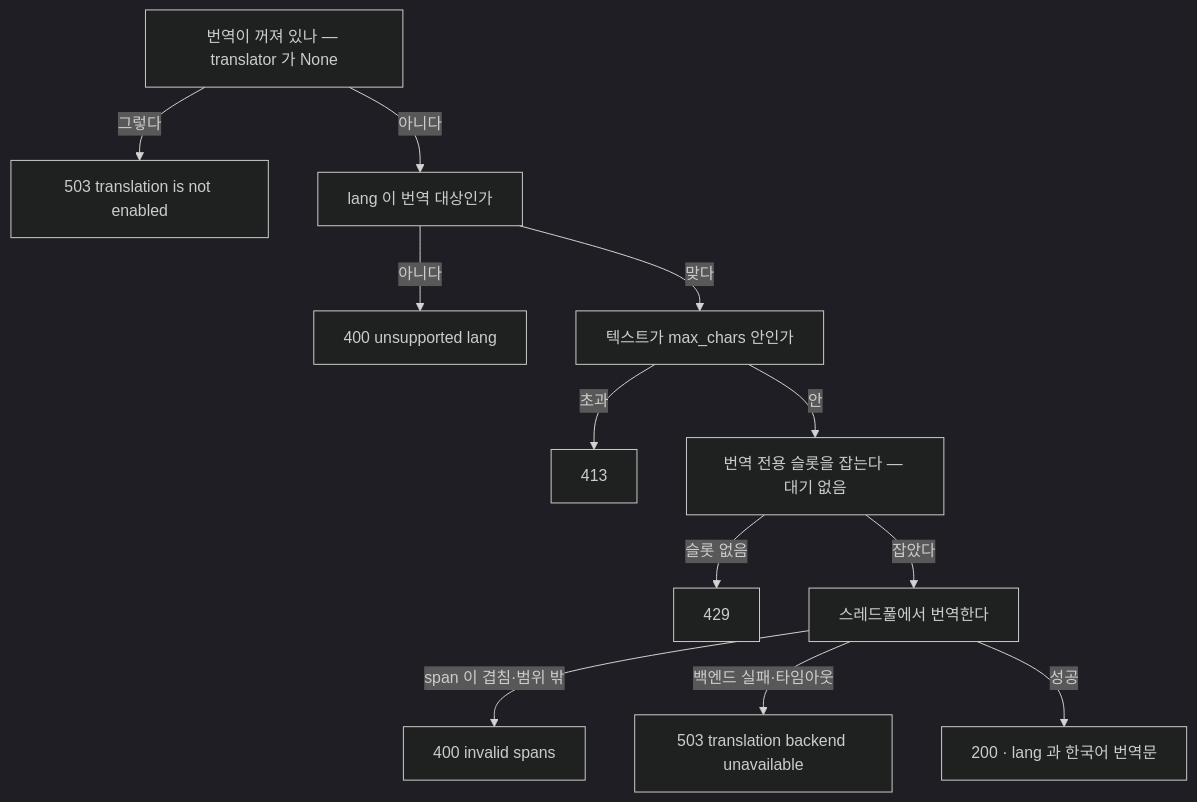
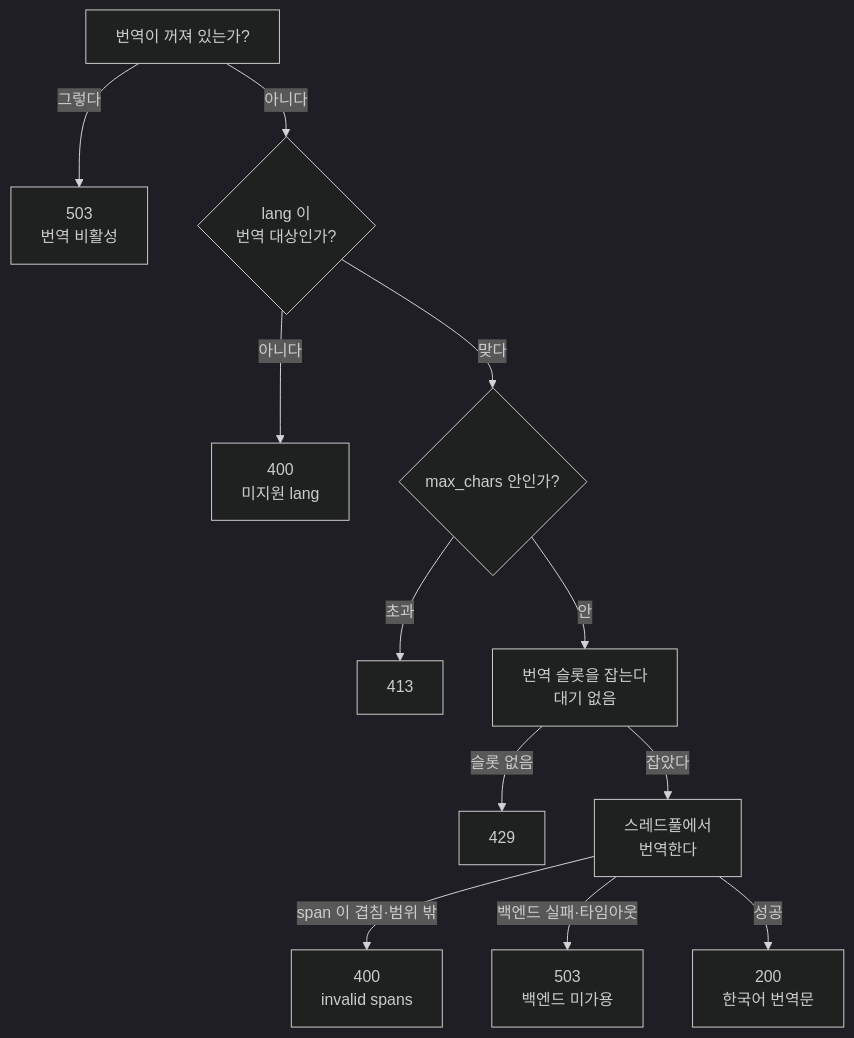
One commit to groovallstar/ner-pipeline-public changed the third of 3 diagrams in docs/manual/web-demo-translation.md. Above: the diagram before and after it, drawn with Mermaid (dark theme). The commit also changed other lines of this file and 12 other files, not shown here.

````diff
--- a/docs/manual/web-demo-translation.md
+++ b/docs/manual/web-demo-translation.md
@@ -415,14 +234,14 @@
 ```mermaid
 flowchart TD
-    A["번역이 꺼져 있나 — translator 가 None"] -->|"그렇다"| E503["503 translation is not enabled"]
-    A -->|"아니다"| B["lang 이 번역 대상인가"]
-    B -->|"아니다"| E400["400 unsupported lang"]
-    B -->|"맞다"| C["텍스트가 max_chars 안인가"]
+    A["번역이 꺼져 있는가?"] -->|"그렇다"| E503["503<br/>번역 비활성"]
+    A -->|"아니다"| B{"lang 이<br/>번역 대상인가?"}
+    B -->|"아니다"| E400["400<br/>미지원 lang"]
+    B -->|"맞다"| C{"max_chars 안인가?"}
     C -->|"초과"| E413["413"]
-    C -->|"안"| D["번역 전용 슬롯을 잡는다 — 대기 없음"]
+    C -->|"안"| D["번역 슬롯을 잡는다<br/>대기 없음"]
     D -->|"슬롯 없음"| E429["429"]
-    D -->|"잡았다"| G["스레드풀에서 번역한다"]
-    G -->|"span 이 겹침·범위 밖"| E400b["400 invalid spans"]
-    G -->|"백엔드 실패·타임아웃"| E503b["503 translation backend unavailable"]
-    G -->|"성공"| OK["200 · lang 과 한국어 번역문"]
+    D -->|"잡았다"| G["스레드풀에서<br/>번역한다"]
+    G -->|"span 이 겹침·범위 밖"| E400b["400<br/>invalid spans"]
+    G -->|"백엔드 실패·타임아웃"| E503b["503<br/>백엔드 미가용"]
+    G -->|"성공"| OK["200<br/>한국어 번역문"]
 ```
````
